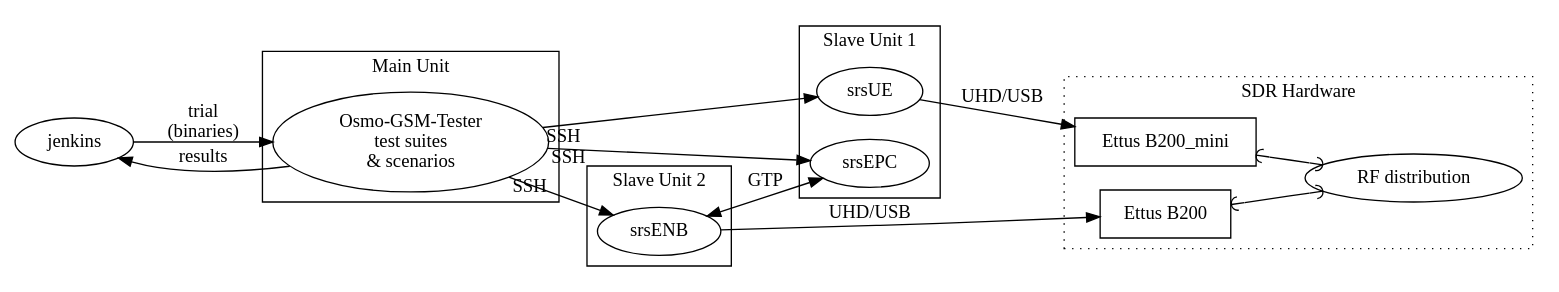
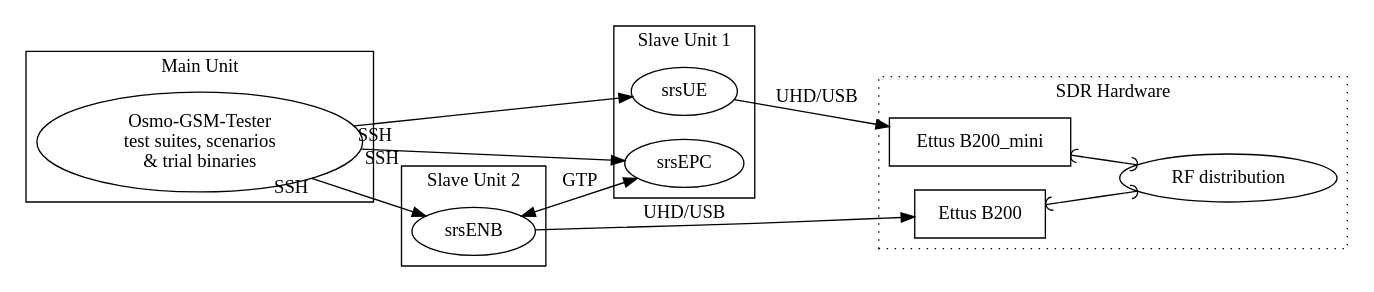
One commit to softwareradiosystems/ogt_user_manual changed the diagram in chapters/intro.adoc. Above: the diagram before and after it, drawn with Graphviz.

Commit message:
Updating intro figure to remove jenkins

```diff
--- a/chapters/intro.adoc
+++ b/chapters/intro.adoc
@@ -48,41 +48,38 @@
 [graphviz]
 ----
 digraph G {
 	rankdir=LR;
-	jenkins
 	subgraph cluster_sdr_hardware {
 		label = "SDR Hardware";
 		style=dotted
 
 		B200 [label="Ettus B200" shape=box]
 		B200_mini [label="Ettus B200_mini" shape=box]
 		rf_distribution [label="RF distribution"]
 
 		{B200 B200_mini}->rf_distribution [dir=both arrowhead="curve" arrowtail="curve"]
 	}
 	subgraph cluster_slave_unit1 {
 	  label = "Slave Unit 1"
 	  srsue [label="srsUE"]
 	  srsepc [label="srsEPC"]
 	}
 	subgraph cluster_slave_unit2 {
 	  label = "Slave Unit 2"
 	  srsenb [label="srsENB"]
 	}
 	subgraph cluster_main_unit {
 	  label = "Main Unit"
-	  osmo_gsm_tester [label="Osmo-GSM-Tester\ntest suites\n& scenarios"]
+	  osmo_gsm_tester [label="Osmo-GSM-Tester\ntest suites, scenarios \n& trial binaries"]
 	  subgraph {
 		rank=same
 		srsepc [label="srsEPC"]
 	  }
 	}
 
-	jenkins->osmo_gsm_tester [label="trial\n(binaries)"]
-	osmo_gsm_tester->jenkins [label="results"]
 	osmo_gsm_tester->{srsue, srsenb, srsepc} [taillabel="SSH"]
 	srsenb->B200 [label="UHD/USB"]
 	srsue->B200_mini [label="UHD/USB"]
 	srsenb->srsepc [dir=both label="GTP"]
 }
 ----
```
